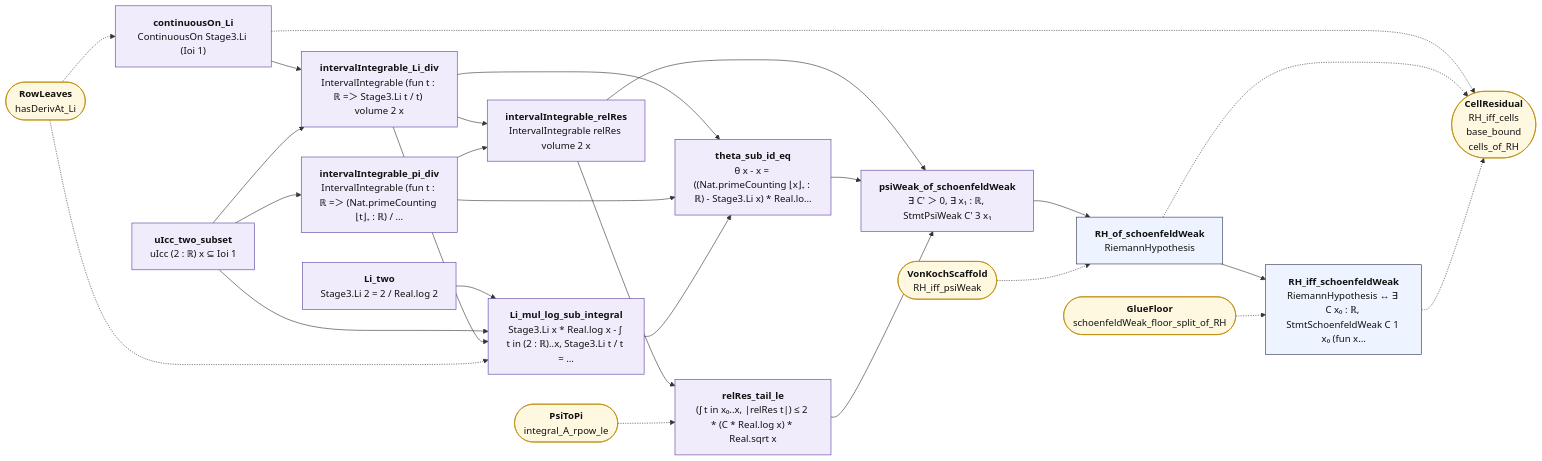
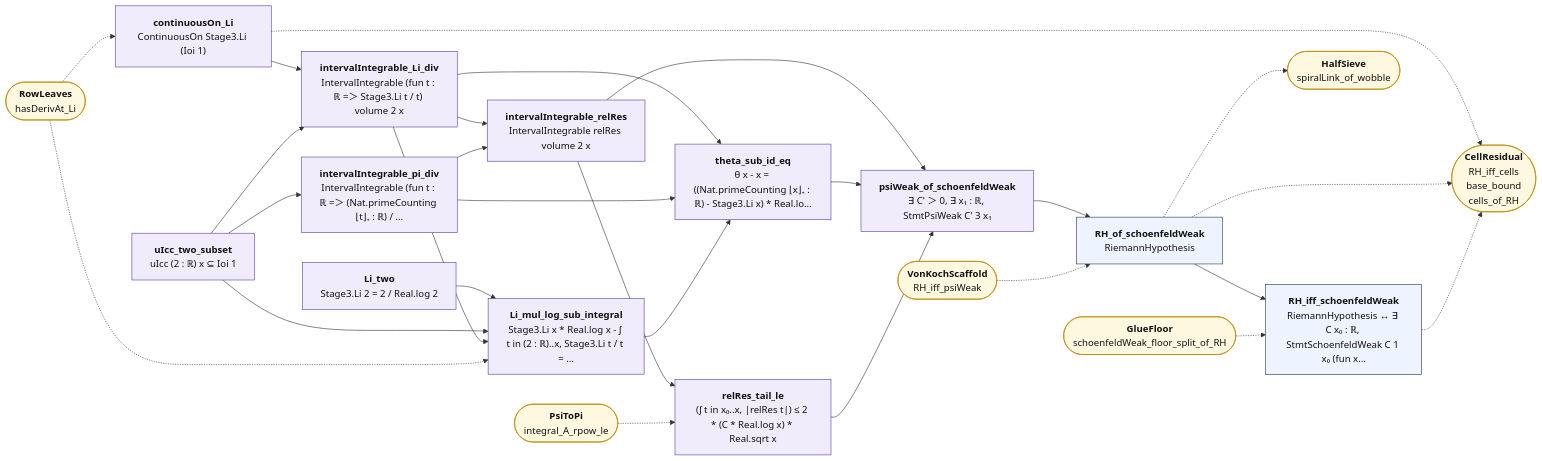
The diagram in map/lean_stage3/PiToPsi.md (juliansambranojr/Primebeat_081426), drawn with Mermaid before and after one commit. The commit also changed other lines of this file and 56 other files, not shown here.

First line of the commit message:
Blocks R5, R6: the height of a finite peak; the half in the sieve and the spiral link as the sieve's wobble (units 0484, 0485)

````diff
--- a/map/lean_stage3/PiToPsi.md
+++ b/map/lean_stage3/PiToPsi.md
@@ -12,53 +12,55 @@
 ```mermaid
 flowchart LR
   n0["<b>Li_two</b><br/>Stage3.Li 2 = 2 / Real.log 2"]:::shp
   n1["<b>continuousOn_Li</b><br/>ContinuousOn Stage3.Li (Ioi 1)"]:::shp
   n2["<b>uIcc_two_subset</b><br/>uIcc (2 : ℝ) x ⊆ Ioi 1"]:::shp
   n3["<b>intervalIntegrable_Li_div</b><br/>IntervalIntegrable (fun t : ℝ =＞ Stage3.Li t / t) volume 2 x"]:::shp
   n4["<b>intervalIntegrable_pi_div</b><br/>IntervalIntegrable (fun t : ℝ =＞ (Nat.primeCounting ⌊t⌋₊ : ℝ) / …"]:::shp
   n5["<b>Li_mul_log_sub_integral</b><br/>Stage3.Li x * Real.log x - ∫ t in (2 : ℝ)..x, Stage3.Li t / t = …"]:::shp
   n6["<b>intervalIntegrable_relRes</b><br/>IntervalIntegrable relRes volume 2 x"]:::shp
   n7["<b>theta_sub_id_eq</b><br/>θ x - x = ((Nat.primeCounting ⌊x⌋₊ : ℝ) - Stage3.Li x) * Real.lo…"]:::shp
   n8["<b>relRes_tail_le</b><br/>(∫ t in x₀..x, |relRes t|) ≤ 2 * (C * Real.log x) * Real.sqrt x"]:::shp
   n9["<b>psiWeak_of_schoenfeldWeak</b><br/>∃ C' ＞ 0, ∃ x₁ : ℝ, StmtPsiWeak C' 3 x₁"]:::shp
   n10["<b>RH_of_schoenfeldWeak</b><br/>RiemannHypothesis"]:::thm
   n11["<b>RH_iff_schoenfeldWeak</b><br/>RiemannHypothesis ↔ ∃ C x₀ : ℝ, StmtSchoenfeldWeak C 1 x₀ (fun x…"]:::thm
   x0(["<b>RowLeaves</b><br/>hasDerivAt_Li"]):::ext
   x1(["<b>CellResidual</b><br/>RH_iff_cells<br/>base_bound<br/>cells_of_RH"]):::ext
   x2(["<b>PsiToPi</b><br/>integral_A_rpow_le"]):::ext
   x3(["<b>VonKochScaffold</b><br/>RH_iff_psiWeak"]):::ext
-  x4(["<b>GlueFloor</b><br/>schoenfeldWeak_floor_split_of_RH"]):::ext
+  x4(["<b>HalfSieve</b><br/>spiralLink_of_wobble"]):::ext
+  x5(["<b>GlueFloor</b><br/>schoenfeldWeak_floor_split_of_RH"]):::ext
   n0 --> n5
   n1 --> n3
   n10 --> n11
   n2 --> n3
   n2 --> n4
   n2 --> n5
   n3 --> n5
   n3 --> n6
   n3 --> n7
   n4 --> n6
   n4 --> n7
   n5 --> n7
   n6 --> n8
   n6 --> n9
   n7 --> n9
   n8 --> n9
   n9 --> n10
   n1 -.-> x1
   n10 -.-> x1
+  n10 -.-> x4
   n11 -.-> x1
   x0 -.-> n1
   x0 -.-> n5
   x2 -.-> n8
   x3 -.-> n10
-  x4 -.-> n11
+  x5 -.-> n11
   classDef cnt fill:#dff5ec,stroke:#17694a,color:#111
   classDef shp fill:#f1ecfb,stroke:#5b3fa0,color:#111
   classDef rh fill:#ffe5e5,stroke:#c22,color:#111,stroke-width:2px
   classDef thm fill:#eef4ff,stroke:#335,color:#111
   classDef end_ fill:#e7f7e7,stroke:#2a7,color:#111,stroke-width:2px
   classDef lone fill:#fff,stroke:#999,color:#111,stroke-dasharray:4 3
   classDef bad fill:#ffe5e5,stroke:#c22,color:#111,stroke-width:2px
   classDef ext fill:#fff8e1,stroke:#b80,color:#111
 ```
````
